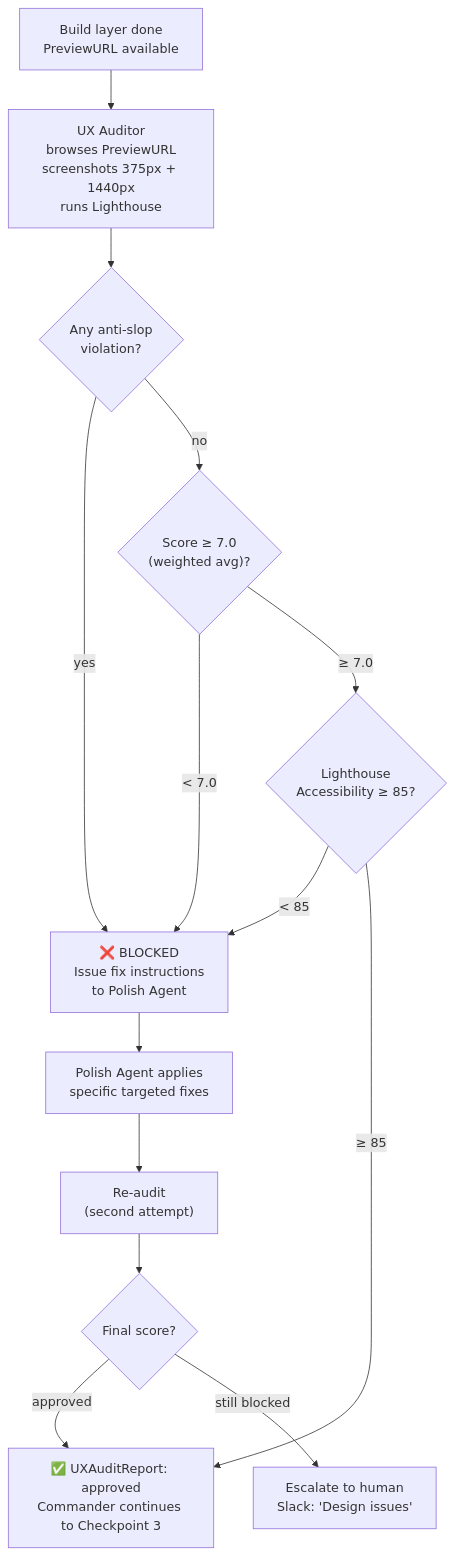
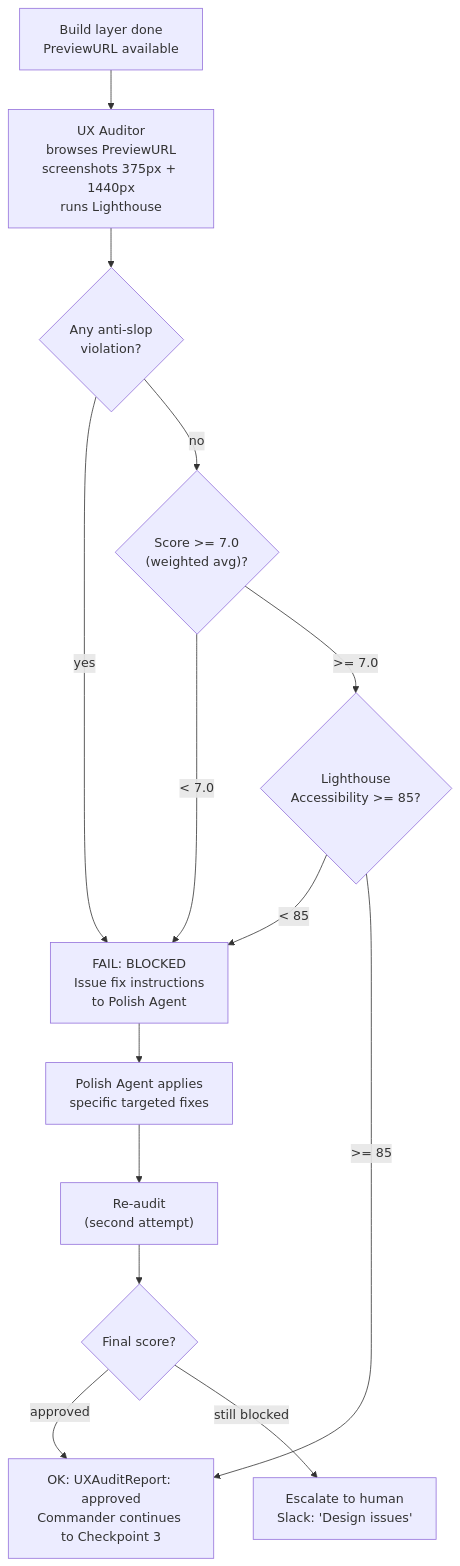
Before and after one commit to snowby666/forge: the fifth of 6 diagrams in docs/03-execution-flow.md, drawn with Mermaid. The commit also changed other lines of this file and 7 other files, not shown here.

````diff
--- a/docs/03-execution-flow.md
+++ b/docs/03-execution-flow.md
@@ -223,28 +223,28 @@
 ```mermaid
 flowchart TD
     BUILD_DONE["Build layer done\nPreviewURL available"]
     AUDIT["UX Auditor\nbrowses PreviewURL\nscreenshots 375px + 1440px\nruns Lighthouse"]
     SLOP{"Any anti-slop\nviolation?"}
-    SCORE{"Score ≥ 7.0\n(weighted avg)?"}
-    LIGHTHOUSE{"Lighthouse\nAccessibility ≥ 85?"}
-    APPROVED["✅ UXAuditReport: approved\nCommander continues to Checkpoint 3"]
-    BLOCK1["❌ BLOCKED\nIssue fix instructions\nto Polish Agent"]
+    SCORE{"Score >= 7.0\n(weighted avg)?"}
+    LIGHTHOUSE{"Lighthouse\nAccessibility >= 85?"}
+    APPROVED["OK: UXAuditReport: approved\nCommander continues to Checkpoint 3"]
+    BLOCK1["FAIL: BLOCKED\nIssue fix instructions\nto Polish Agent"]
     POLISH_FIX["Polish Agent applies\nspecific targeted fixes"]
     REAUDIT["Re-audit\n(second attempt)"]
     FINAL{"Final score?"}
     ESCALATE["Escalate to human\nSlack: 'Design issues'"]
 
     BUILD_DONE --> AUDIT
     AUDIT --> SLOP
     SLOP -->|yes| BLOCK1
     SLOP -->|no| SCORE
     SCORE -->|< 7.0| BLOCK1
-    SCORE -->|≥ 7.0| LIGHTHOUSE
+    SCORE -->|>= 7.0| LIGHTHOUSE
     LIGHTHOUSE -->|< 85| BLOCK1
-    LIGHTHOUSE -->|≥ 85| APPROVED
+    LIGHTHOUSE -->|>= 85| APPROVED
     BLOCK1 --> POLISH_FIX
     POLISH_FIX --> REAUDIT
     REAUDIT --> FINAL
     FINAL -->|approved| APPROVED
     FINAL -->|still blocked| ESCALATE
 ```
````
